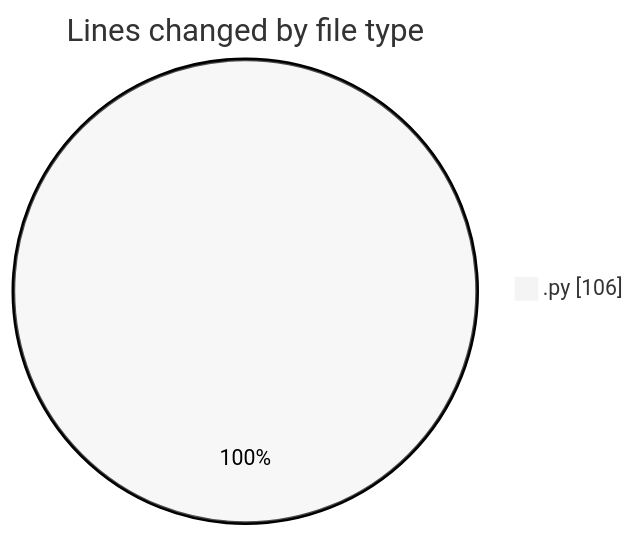
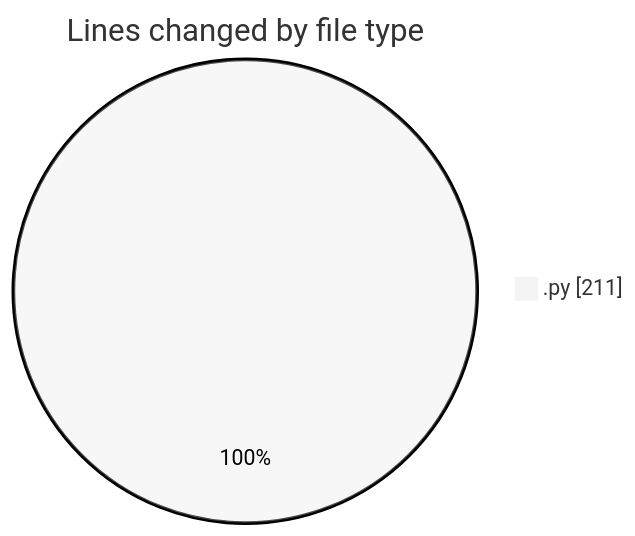
One commit to CELIANVF/code-tracking changed the first of 2 diagrams in 2025-01-09/python/README.md. Above: the diagram before and after it, drawn with Mermaid (neutral theme). The commit also changed other lines of this file and 1 other file, not shown here.

````diff
--- a/2025-01-09/python/README.md
+++ b/2025-01-09/python/README.md
@@ -20,5 +20,5 @@
 ```mermaid
 pie showData
 title Lines changed by file type
-".py" : 106
+".py" : 211
 ```
````
